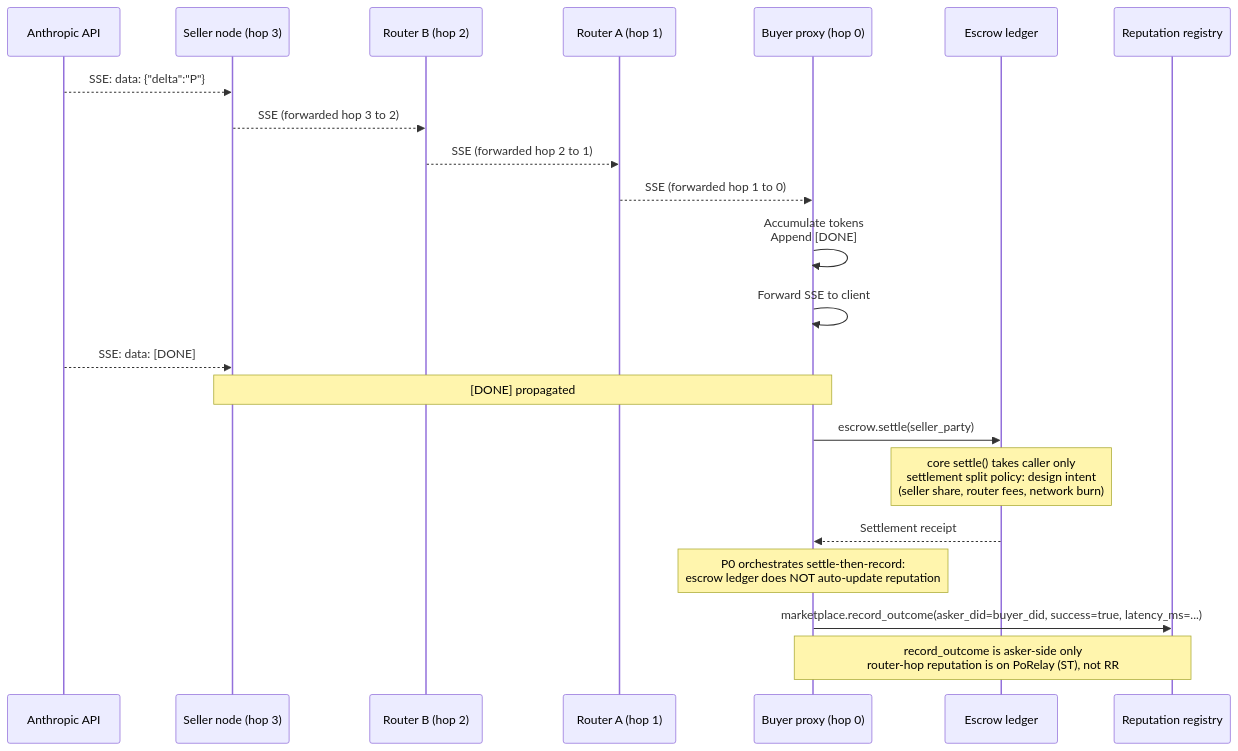
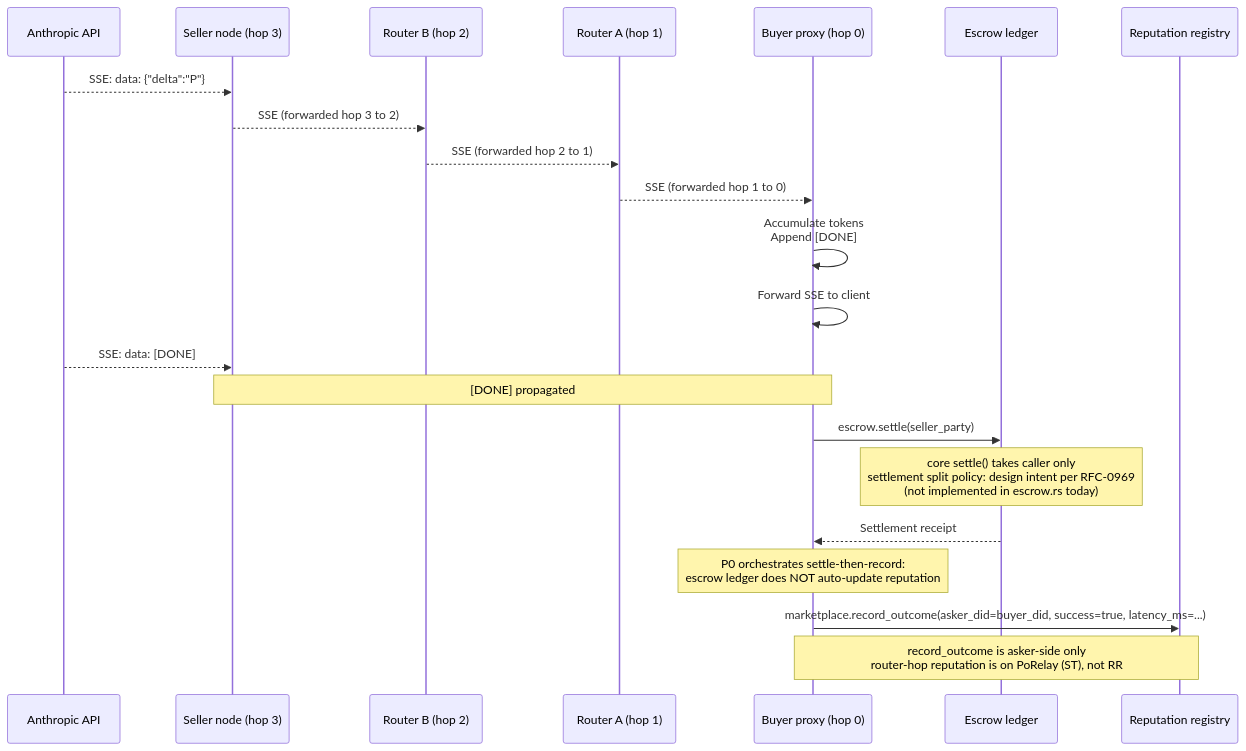
The tenth of 14 diagrams in docs/architecture/end-to-end-scenarios.md (CipherOcto/cipherocto), drawn with Mermaid before and after one commit. The commit also changed other lines of this file, not shown here.

First line of the commit message:
docs(architecture): round 11 review fixes (field-type pinning, Caveat schema, design-intent caveat)

````diff
--- a/docs/architecture/end-to-end-scenarios.md
+++ b/docs/architecture/end-to-end-scenarios.md
@@ -445,27 +445,27 @@
 ```mermaid
 sequenceDiagram
     participant ANT as Anthropic API
     participant SN as Seller node (hop 3)
     participant P2 as Router B (hop 2)
     participant P1 as Router A (hop 1)
     participant P0 as Buyer proxy (hop 0)
     participant E as Escrow ledger
     participant RR as Reputation registry
 
     ANT-->>SN: SSE: data: {"delta":"P"}
     SN-->>P2: SSE (forwarded hop 3 to 2)
     P2-->>P1: SSE (forwarded hop 2 to 1)
     P1-->>P0: SSE (forwarded hop 1 to 0)
     P0->>P0: Accumulate tokens<br/>Append [DONE]
     P0->>P0: Forward SSE to client
 
     ANT-->>SN: SSE: data: [DONE]
     Note over SN,P0: [DONE] propagated
 
     P0->>E: escrow.settle(seller_party)
-    Note over E: core settle() takes caller only<br/>settlement split policy: design intent<br/>(seller share, router fees, network burn)
+    Note over E: core settle() takes caller only<br/>settlement split policy: design intent per RFC-0969<br/>(not implemented in escrow.rs today)
     E-->>P0: Settlement receipt
     Note over P0: P0 orchestrates settle-then-record:<br/>escrow ledger does NOT auto-update reputation
     P0->>RR: marketplace.record_outcome(asker_did=buyer_did, success=true, latency_ms=...)
     Note over P0,RR: record_outcome is asker-side only<br/>router-hop reputation is on PoRelay (ST), not RR
 ```
````
